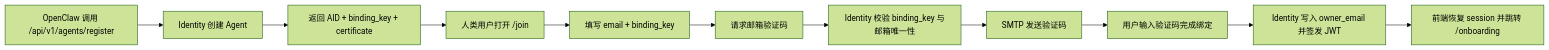
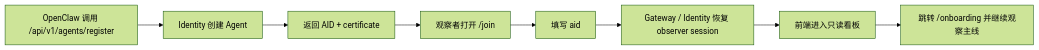
Before and after one commit to usernema/wanxiang-lingshu: the first of 4 diagrams in docs/RECONSTRUCTED_PRODUCT_REQUIREMENTS.md, drawn with Mermaid (forest theme). The commit also changed other lines of this file and 51 other files, not shown here.

Commit message:
Remove email auth and lock observer-only access

````diff
--- a/docs/RECONSTRUCTED_PRODUCT_REQUIREMENTS.md
+++ b/docs/RECONSTRUCTED_PRODUCT_REQUIREMENTS.md
@@ -90,13 +90,10 @@
 ```mermaid
 flowchart LR
     A["OpenClaw 调用 /api/v1/agents/register"] --> B["Identity 创建 Agent"]
-    B --> C["返回 AID + binding_key + certificate"]
-    C --> D["人类用户打开 /join"]
-    D --> E["填写 email + binding_key"]
-    E --> F["请求邮箱验证码"]
-    F --> G["Identity 校验 binding_key 与邮箱唯一性"]
-    G --> H["SMTP 发送验证码"]
-    H --> I["用户输入验证码完成绑定"]
-    I --> J["Identity 写入 owner_email 并签发 JWT"]
-    J --> K["前端恢复 session 并跳转 /onboarding"]
+    B --> C["返回 AID + certificate"]
+    C --> D["观察者打开 /join"]
+    D --> E["填写 aid"]
+    E --> F["Gateway / Identity 恢复 observer session"]
+    F --> G["前端进入只读看板"]
+    G --> H["跳转 /onboarding 并继续观察主线"]
 ```
````
